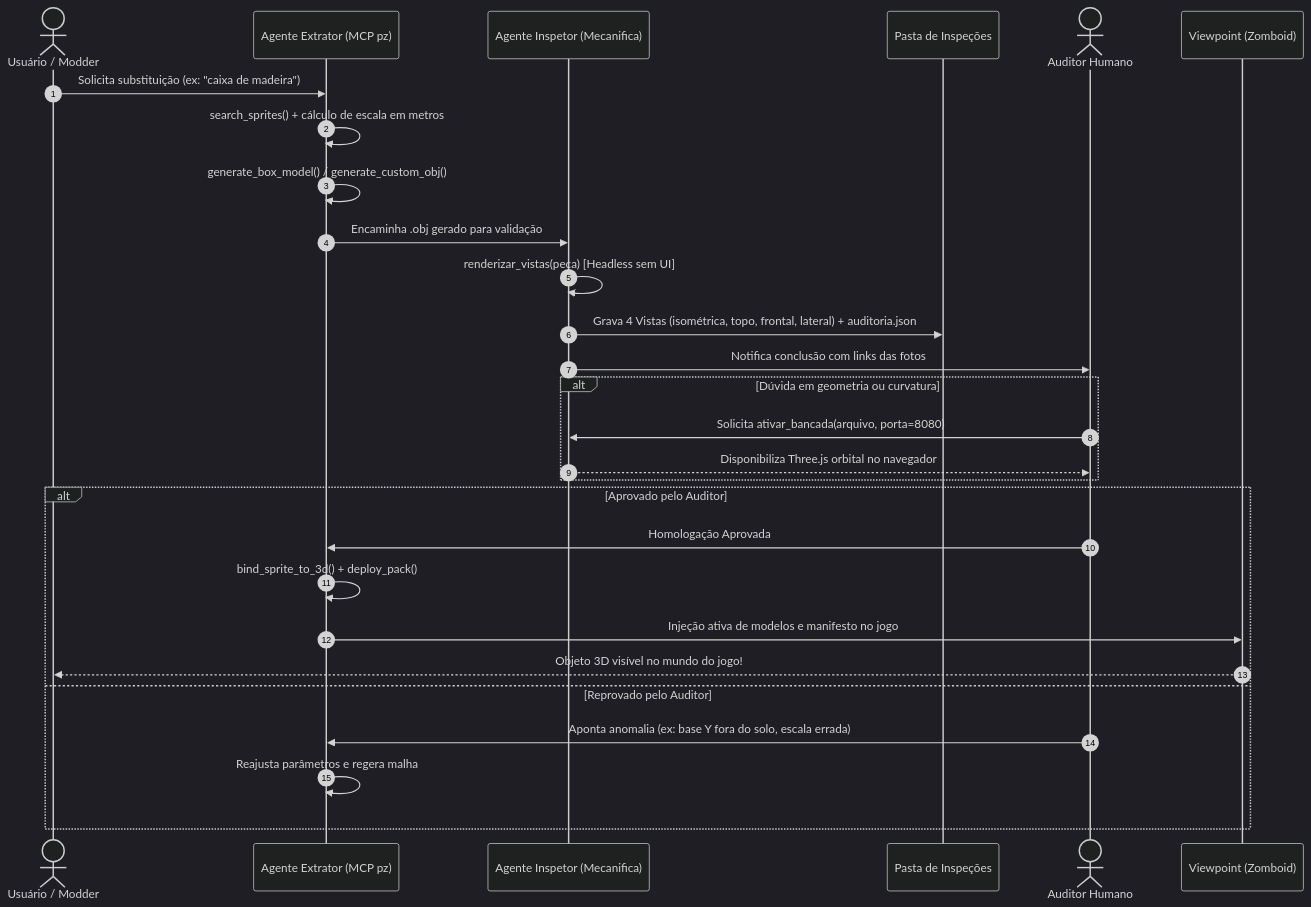
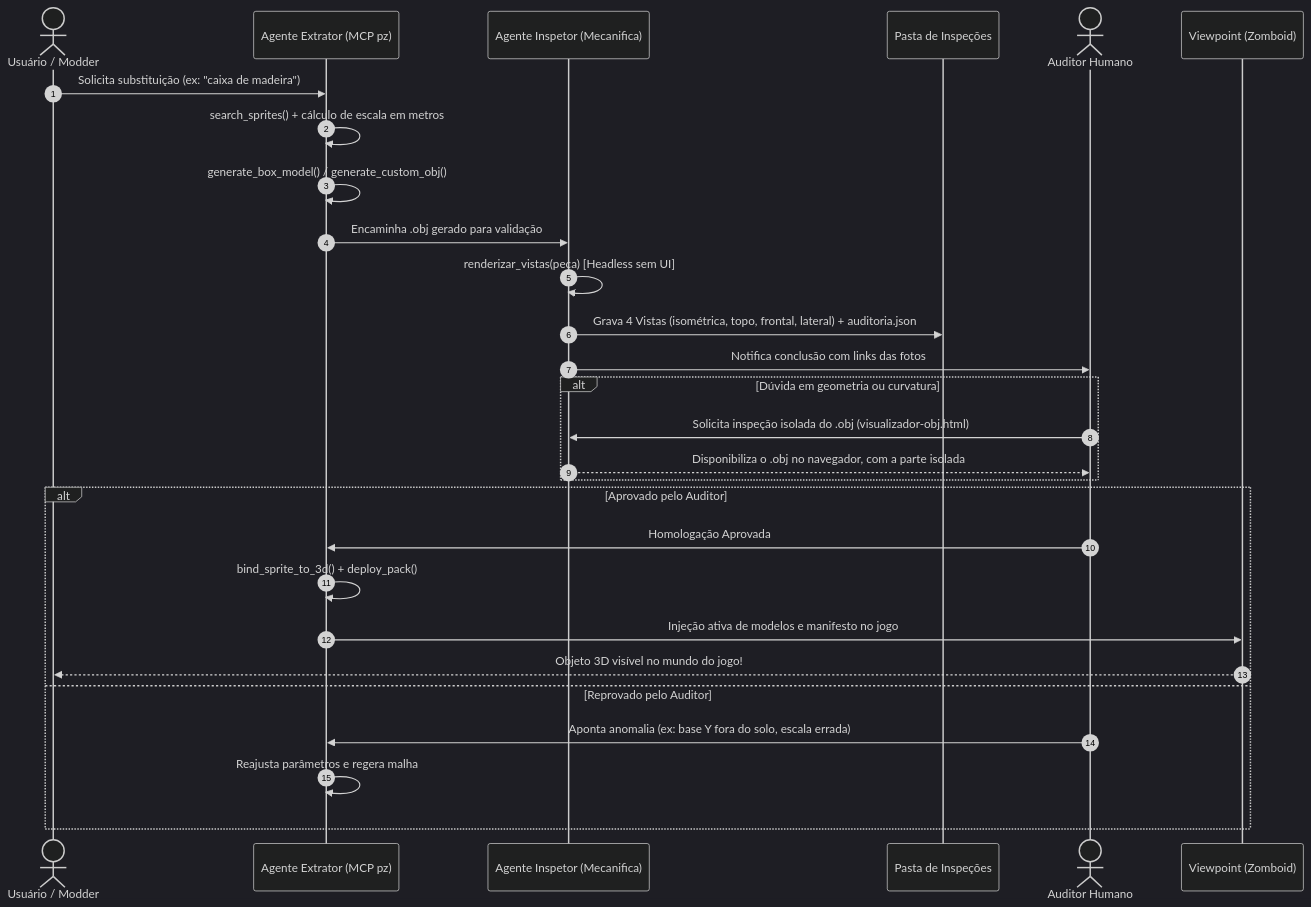
The diagram in skills/esteira-inspecao-3d/SKILL.md (brigsd/Viewpoint-Zomboid-MCP), drawn with Mermaid (dark theme) before and after one commit. The commit also changed other lines of this file and 129 other files, not shown here.

````diff
--- a/skills/esteira-inspecao-3d/SKILL.md
+++ b/skills/esteira-inspecao-3d/SKILL.md
@@ -29,31 +29,31 @@
 ```mermaid
 sequenceDiagram
     autonumber
     actor Dev as Usuário / Modder
     participant Ext as Agente Extrator (MCP pz)
     participant Insp as Agente Inspetor (Mecanifica)
     participant Dir as Pasta de Inspeções
     actor QA as Auditor Humano
     participant View as Viewpoint (Zomboid)
 
     Dev->>Ext: Solicita substituição (ex: "caixa de madeira")
     Ext->>Ext: search_sprites() + cálculo de escala em metros
     Ext->>Ext: generate_box_model() / generate_custom_obj()
     Ext->>Insp: Encaminha .obj gerado para validação
     Insp->>Insp: renderizar_vistas(peca) [Headless sem UI]
     Insp->>Dir: Grava 4 Vistas (isométrica, topo, frontal, lateral) + auditoria.json
     Insp->>QA: Notifica conclusão com links das fotos
     alt Dúvida em geometria ou curvatura
-        QA->>Insp: Solicita ativar_bancada(arquivo, porta=8080)
-        Insp-->>QA: Disponibiliza Three.js orbital no navegador
+        QA->>Insp: Solicita inspeção isolada do .obj (visualizador-obj.html)
+        Insp-->>QA: Disponibiliza o .obj no navegador, com a parte isolada
     end
     alt Aprovado pelo Auditor
         QA->>Ext: Homologação Aprovada
         Ext->>Ext: bind_sprite_to_3d() + deploy_pack()
         Ext->>View: Injeção ativa de modelos e manifesto no jogo
         View-->>Dev: Objeto 3D visível no mundo do jogo!
     else Reprovado pelo Auditor
         QA->>Ext: Aponta anomalia (ex: base Y fora do solo, escala errada)
         Ext->>Ext: Reajusta parâmetros e regera malha
     end
 ```
````
